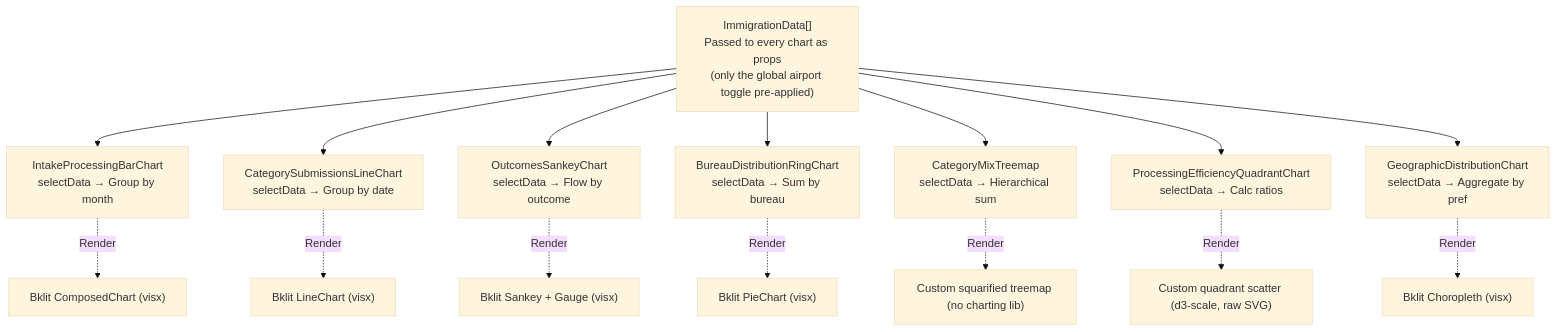
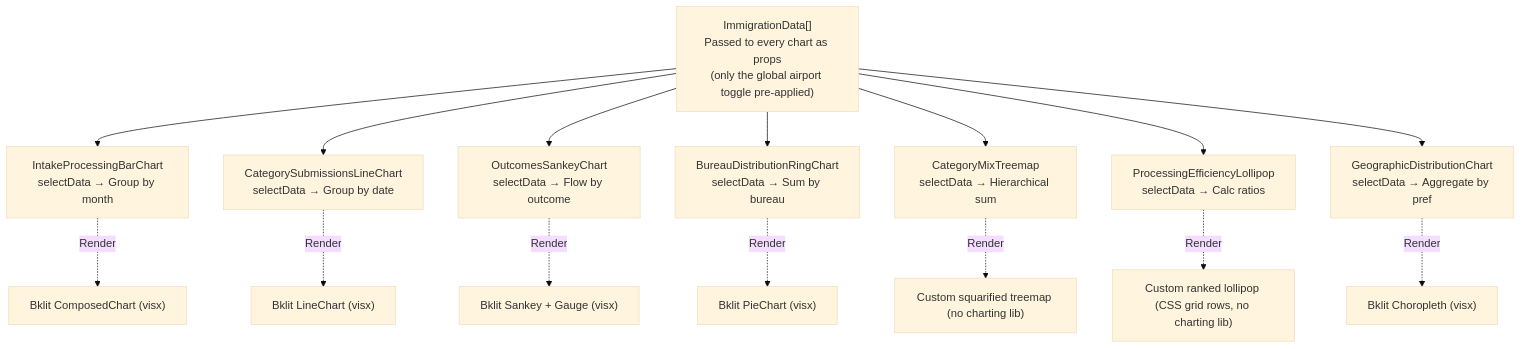
One commit to RetroHazard/JP_Immigration_Dashboard changed the fifth of 16 diagrams in ARCHITECTURE.md. Above: the diagram before and after it, drawn with Mermaid (base theme). The commit also changed other lines of this file and 7 other files, not shown here.

First line of the commit message:
Swap the ranked lollipop in as the live efficiency chart; slash the airport toggle when engaged

````diff
--- a/ARCHITECTURE.md
+++ b/ARCHITECTURE.md
@@ -138,27 +138,27 @@
 ```mermaid
 graph TD
     RAW["ImmigrationData[]<br/>Passed to every chart as props<br/>(only the global airport toggle pre-applied)"]
     INTAKE["IntakeProcessingBarChart<br/>selectData → Group by month"]
     TYPES["CategorySubmissionsLineChart<br/>selectData → Group by date"]
     OUTCOMES["OutcomesSankeyChart<br/>selectData → Flow by outcome"]
     SHARE["BureauDistributionRingChart<br/>selectData → Sum by bureau"]
     MIX["CategoryMixTreemap<br/>selectData → Hierarchical sum"]
-    EFFICIENCY["ProcessingEfficiencyQuadrantChart<br/>selectData → Calc ratios"]
+    EFFICIENCY["ProcessingEfficiencyLollipop<br/>selectData → Calc ratios"]
     MAP["GeographicDistributionChart<br/>selectData → Aggregate by pref"]
     
     RAW --> INTAKE
     RAW --> TYPES
     RAW --> OUTCOMES
     RAW --> SHARE
     RAW --> MIX
     RAW --> EFFICIENCY
     RAW --> MAP
     
     INTAKE -.->|Render| VIZ1["Bklit ComposedChart (visx)"]
     TYPES -.->|Render| VIZ2["Bklit LineChart (visx)"]
     OUTCOMES -.->|Render| VIZ3["Bklit Sankey + Gauge (visx)"]
     SHARE -.->|Render| VIZ4["Bklit PieChart (visx)"]
     MIX -.->|Render| VIZ5["Custom squarified treemap (no charting lib)"]
-    EFFICIENCY -.->|Render| VIZ6["Custom quadrant scatter (d3-scale, raw SVG)"]
+    EFFICIENCY -.->|Render| VIZ6["Custom ranked lollipop (CSS grid rows, no charting lib)"]
     MAP -.->|Render| VIZ7["Bklit Choropleth (visx)"]
 ```
````
